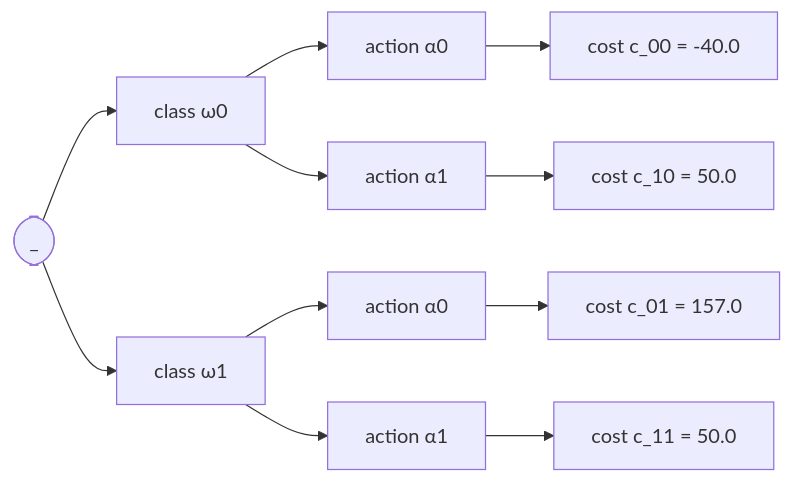
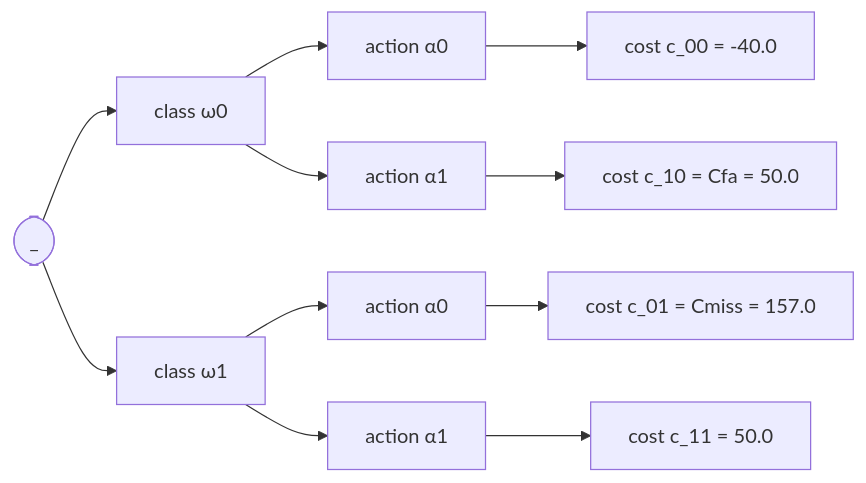
The diagram in _posts/2021-09-18-Decisions-Part-2.markdown (mkffl/mkffl.github.io), drawn with Mermaid before and after one commit. The commit also changed other lines of this file, not shown here.

```diff
--- a/_posts/2021-09-18-Decisions-Part-2.markdown
+++ b/_posts/2021-09-18-Decisions-Part-2.markdown
@@ -106,13 +108,13 @@
 <div class="mermaid"> 
     graph LR;
     id0([_]) --> id11[class ω0];
     id0([_]) --> id12[class ω1];
     id11[class ω0]-->id21[α0]; 
     id11[class ω0]-->id22[α1]; 
     id12[class ω1]-->id31[α0]; 
     id12[class ω1]-->id32[α1];
     id21[action α0] --> id41[cost c_00 = -40.0];
-    id22[action α1] --> id42[cost c_10 = 50.0];
-    id31[action α0] --> id43[cost c_01 = 157.0];
+    id22[action α1] --> id42[cost c_10 = Cfa = 50.0];
+    id31[action α0] --> id43[cost c_01 = Cmiss = 157.0];
     id32[action α1] --> id44[cost c_11 = 50.0];
 </div>
```
